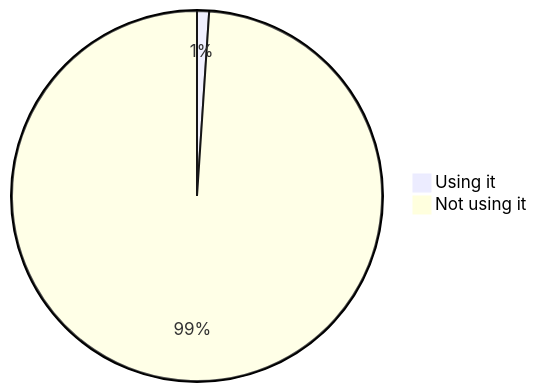
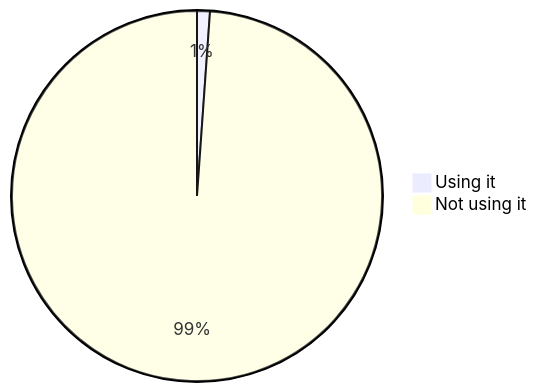
Before and after one commit to oshp/oshp-stats: the sixth of 22 diagrams in stats.md, drawn with Mermaid. The commit also changed other lines of this file, not shown here.

````diff
--- a/stats.md
+++ b/stats.md
@@ -70,6 +70,6 @@
 ```mermaid
 pie
-	"Using it" : 1.05
-	"Not using it" : 98.95
+	"Using it" : 1.12
+	"Not using it" : 98.88
 
 ```
````
